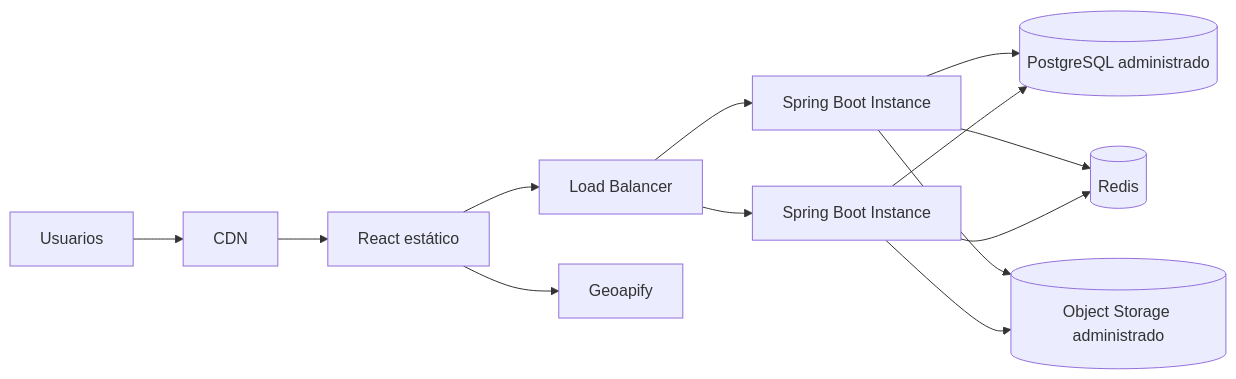
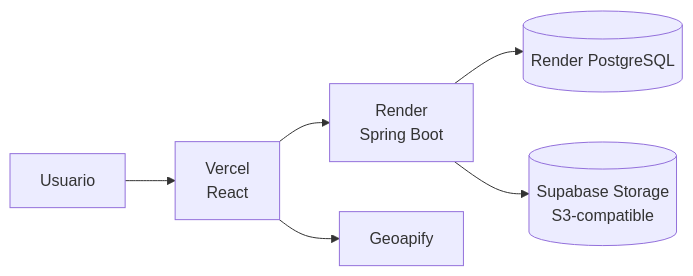
One commit to BautistaGaber/lebane-challenge changed the tenth of 10 diagrams in README.md. Above: the diagram before and after it, drawn with Mermaid. The commit also changed other lines of this file, not shown here.

````diff
--- a/README.md
+++ b/README.md
@@ -2019,41 +1973,8 @@
 ```mermaid
 flowchart LR
-
-    USERS["Usuarios"]
-
-    CDN["CDN"]
-
-    FRONTEND["React estático"]
-
-    LB["Load Balancer"]
-
-    API1["Spring Boot Instance"]
-    API2["Spring Boot Instance"]
-
-    DB[("PostgreSQL administrado")]
-
-    CACHE[("Redis")]
-
-    S3[("Object Storage administrado")]
-
-    GEO["Geoapify"]
-
-    USERS --> CDN
-    CDN --> FRONTEND
-
-    FRONTEND --> LB
-
-    LB --> API1
-    LB --> API2
-
-    API1 --> DB
-    API2 --> DB
-
-    API1 --> CACHE
-    API2 --> CACHE
-
-    API1 --> S3
-    API2 --> S3
-
-    FRONTEND --> GEO
+    U["Usuario"] --> V["Vercel<br/>React"]
+    V --> R["Render<br/>Spring Boot"]
+    V --> G["Geoapify"]
+    R --> P[("Render PostgreSQL")]
+    R --> S[("Supabase Storage<br/>S3-compatible")]
 ```
````
